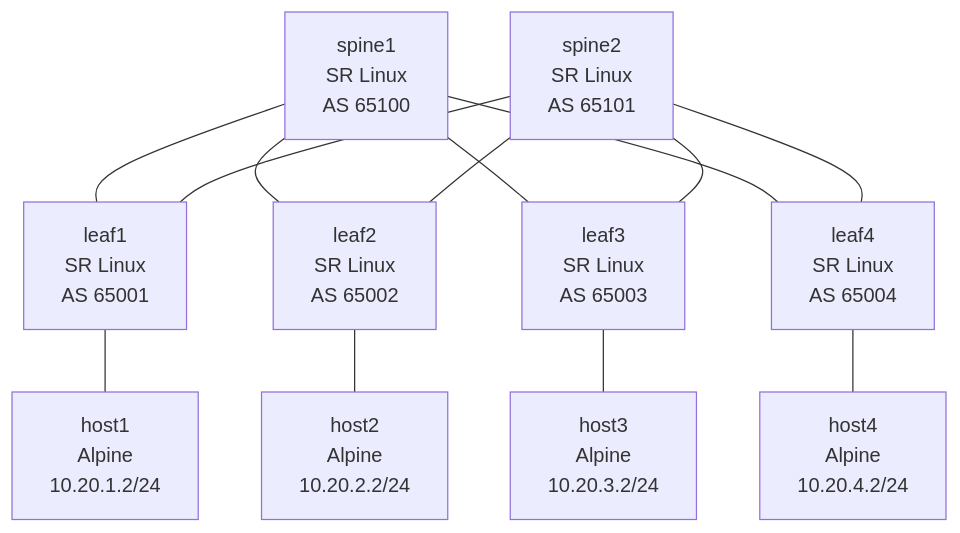
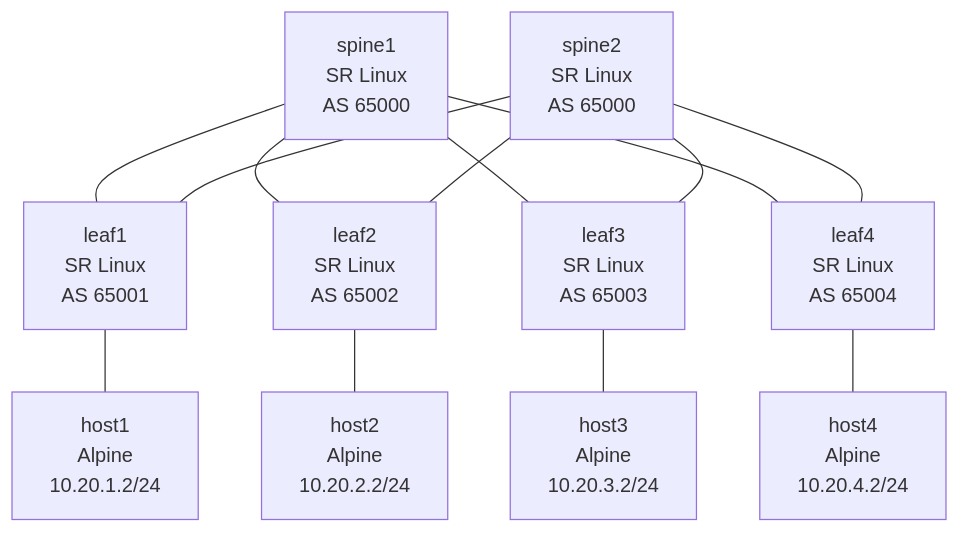
One commit to lourencovales/kubecraft-networking changed the diagram in lessons/clab/05-spine-leaf-bgp/README.md. Above: the diagram before and after it, drawn with Mermaid. The commit also changed other lines of this file, not shown here.

Commit message:
fix(lesson-05): update README for RFC 7938 shared spine ASN model

````diff
--- a/lessons/clab/05-spine-leaf-bgp/README.md
+++ b/lessons/clab/05-spine-leaf-bgp/README.md
@@ -125,15 +151,15 @@
 ```mermaid
 graph TB
-    spine1[spine1<br/>SR Linux<br/>AS 65100] --- leaf1[leaf1<br/>SR Linux<br/>AS 65001]
+    spine1[spine1<br/>SR Linux<br/>AS 65000] --- leaf1[leaf1<br/>SR Linux<br/>AS 65001]
     spine1 --- leaf2[leaf2<br/>SR Linux<br/>AS 65002]
     spine1 --- leaf3[leaf3<br/>SR Linux<br/>AS 65003]
     spine1 --- leaf4[leaf4<br/>SR Linux<br/>AS 65004]
-    spine2[spine2<br/>SR Linux<br/>AS 65101] --- leaf1
+    spine2[spine2<br/>SR Linux<br/>AS 65000] --- leaf1
     spine2 --- leaf2
     spine2 --- leaf3
     spine2 --- leaf4
     leaf1 --- host1[host1<br/>Alpine<br/>10.20.1.2/24]
     leaf2 --- host2[host2<br/>Alpine<br/>10.20.2.2/24]
     leaf3 --- host3[host3<br/>Alpine<br/>10.20.3.2/24]
     leaf4 --- host4[host4<br/>Alpine<br/>10.20.4.2/24]
 ```
````
